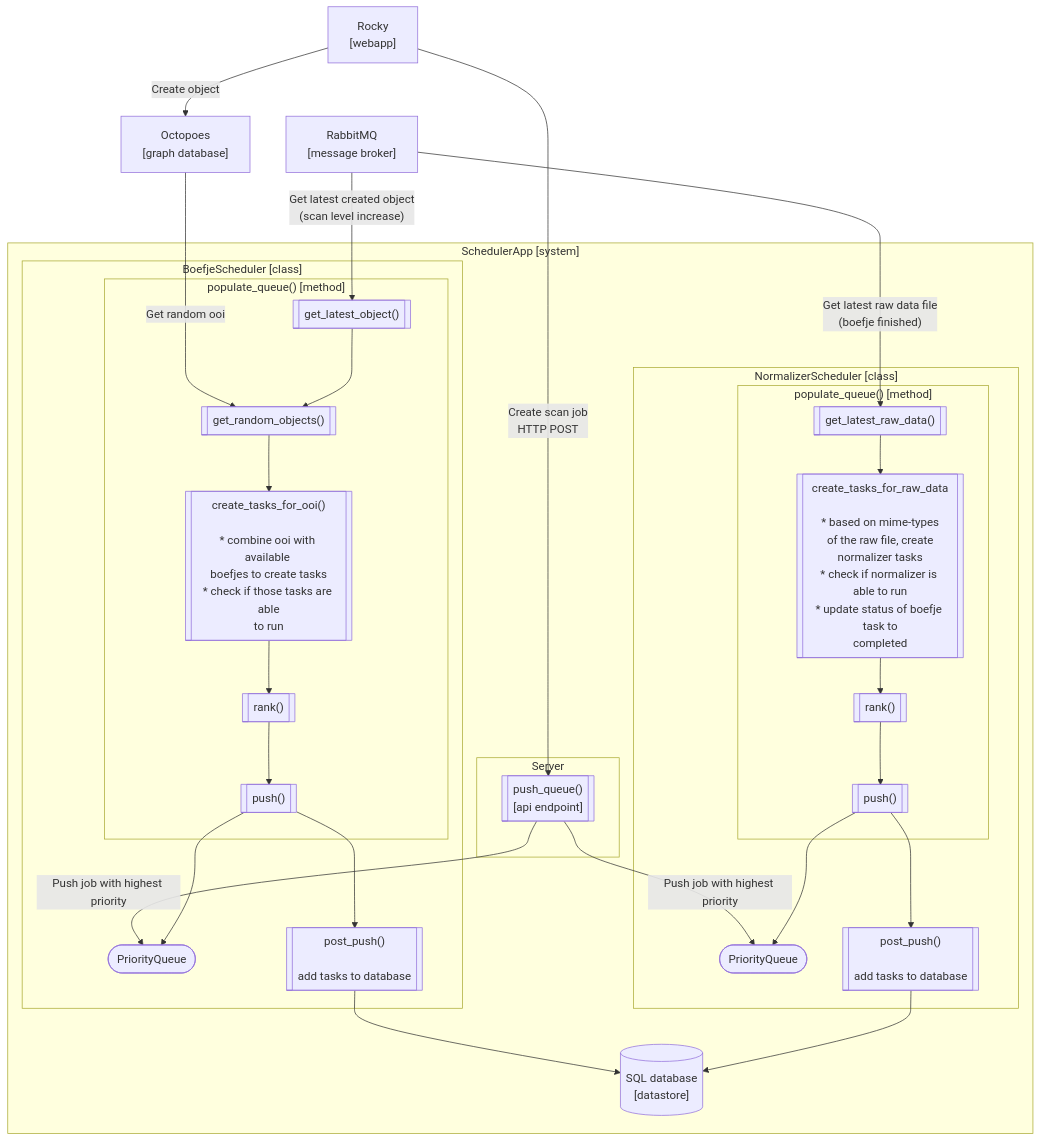
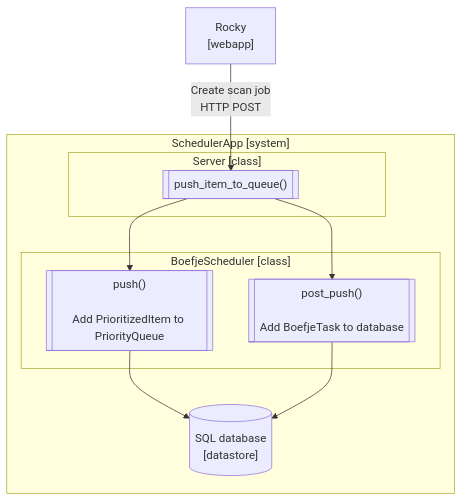
One commit to minvws/nl-kat-coordination changed the third of 4 diagrams in mula/docs/design.md. Above: the diagram before and after it, drawn with Mermaid. The commit also changed other lines of this file, not shown here.

````diff
--- a/mula/docs/design.md
+++ b/mula/docs/design.md
@@ -99,76 +253,28 @@
-```mermaid
-flowchart TB
+   ```mermaid
+   flowchart TB
 
-    %% External services
     Rocky["Rocky<br/>[webapp]"]
-    Octopoes["Octopoes<br/>[graph database]"]
-    %% Katalogus["Katalogus<br/>[software system]"]
-    %% Boefjes["Boefjes<br/>[software system]"]
-    %% Normalizers["Normalizers<br/>[software system]"]
-    %% Bytes["Bytes<br/>[software system]"]
-    RabbitMQ["RabbitMQ<br/>[message broker]"]
 
-    %% Rocky flow
-    Rocky--"Create object"-->Octopoes
-    Rocky--"Create scan job<br/>HTTP POST"--->push_queue
-    push_queue--"Push job with highest priority"-->BoefjePriorityQueue
-    push_queue--"Push job with highest priority"-->NormalizerPriorityQueue
+    Rocky--"Create scan job<br/>HTTP POST"-->push_item_to_queue
 
-    %% External services flow
-    %% Bytes--"Check last run of boefje and ooi<br/>HTTP GET"-->create_tasks_for_ooi
-    %% Katalogus--"Get available boefjes<br/>HTTP GET"--->create_tasks_for_ooi
-    %% Katalogus--"Get availalble normalizers<br/>HTTP GET"-->create_tasks_for_raw_data
-    Octopoes--"Get random ooi"--->get_random_objects
-    RabbitMQ--"Get latest created object<br/>(scan level increase)"-->get_latest_object
-    RabbitMQ--"Get latest raw data file<br/>(boefje finished)"-->get_latest_raw_data
-
-    %% Boefje flow
-    get_latest_object-->get_random_objects-->create_tasks_for_ooi-->rank_boefje-->push_boefje
-    push_boefje-->post_push_boefje
-    push_boefje--> BoefjePriorityQueue
-    post_push_boefje-->Datastore
-
-    %% Normalizer flow
-    get_latest_raw_data-->create_tasks_for_raw_data-->rank_normalizer-->push_normalizer
-    push_normalizer-->post_push_normalizer
-    push_normalizer-->NormalizerPriorityQueue
-    post_push_normalizer-->Datastore
+    push_item_to_queue-->post_push
+    push_item_to_queue-->push
+    push-->Datastore
+    post_push-->Datastore
 
     subgraph Scheduler["SchedulerApp [system]"]
 
-        subgraph BoefjeScheduler["BoefjeScheduler [class]"]
-            subgraph BoefjePopulateQueue["populate_queue() [method]"]
-                get_latest_object[["get_latest_object()"]]
-                get_random_objects[["get_random_objects()"]]
-                create_tasks_for_ooi[["create_tasks_for_ooi()<br/><br/>* combine ooi with available <br/>boefjes to create tasks<br/>* check if those tasks are able<br/>to run"]]
-                rank_boefje[["rank()"]]
-                push_boefje[["push()"]]
-            end
+        subgraph Server["Server [class]"]
+            push_item_to_queue[["push_item_to_queue()"]]
 
-            post_push_boefje[["post_push()<br/><br/>add tasks to database"]]
-
-            BoefjePriorityQueue(["PriorityQueue"])
-            BoefjePriorityQueue
         end
 
-        subgraph NormalizerScheduler["NormalizerScheduler [class]"]
-            subgraph NormalizerPopulateQueue["populate_queue() [method]"]
-                get_latest_raw_data[["get_latest_raw_data()"]]
-                create_tasks_for_raw_data[["create_tasks_for_raw_data<br/><br/>* based on mime-types<br/>of the raw file, create<br/>normalizer tasks<br/>* check if normalizer is able to run<br/>* update status of boefje task to<br/>completed"]]
-                rank_normalizer[["rank()"]]
-                push_normalizer[["push()"]]
-            end
-
-            post_push_normalizer[["post_push()<br/><br/>add tasks to database"]]
-
-            NormalizerPriorityQueue(["PriorityQueue"])
-        end
-
-        subgraph Server
-            push_queue[["push_queue()<br/>[api endpoint]"]]
+        subgraph BoefjeScheduler["BoefjeScheduler [class]"]
+            push[["push()<br/><br/>Add PrioritizedItem to PriorityQueue"]]
+            post_push[["post_push()<br/><br/>Add BoefjeTask to database"]]
         end
 
         Datastore[("SQL database<br/>[datastore]<br/>")]
 
     end
-```
+   ```
````
